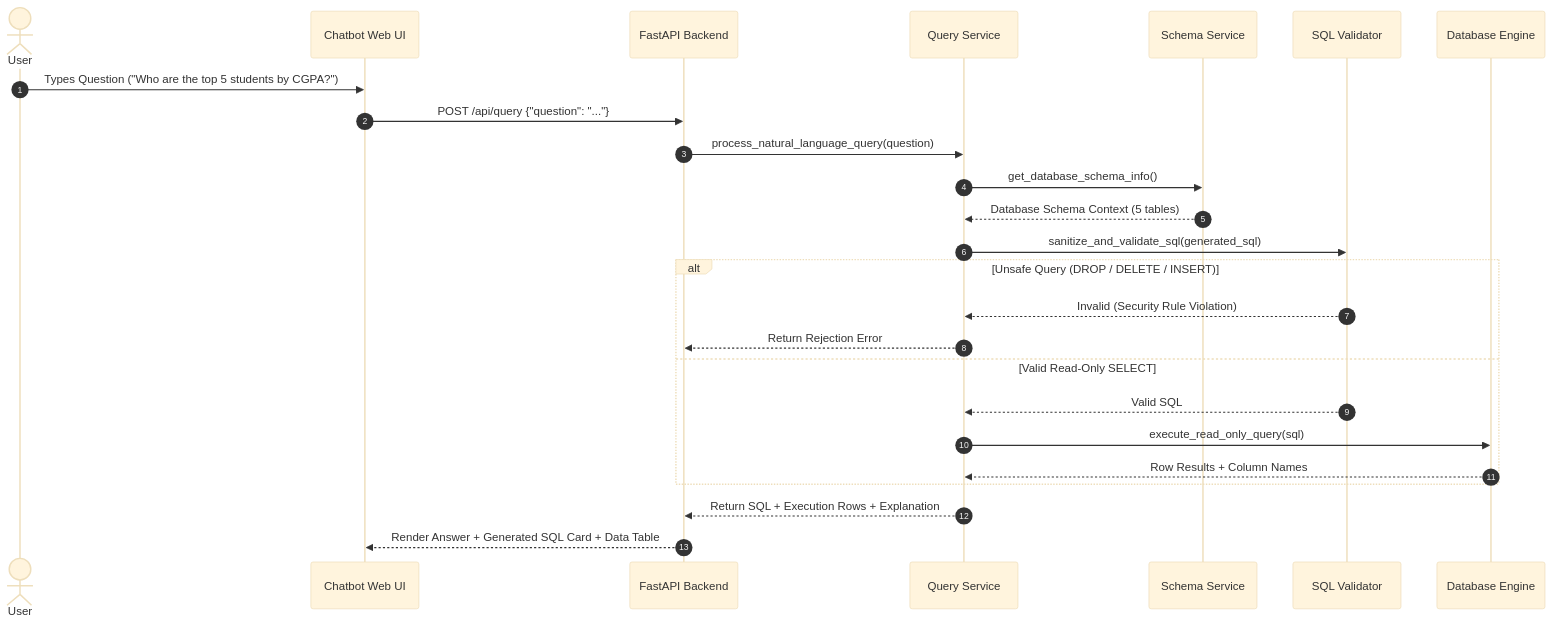
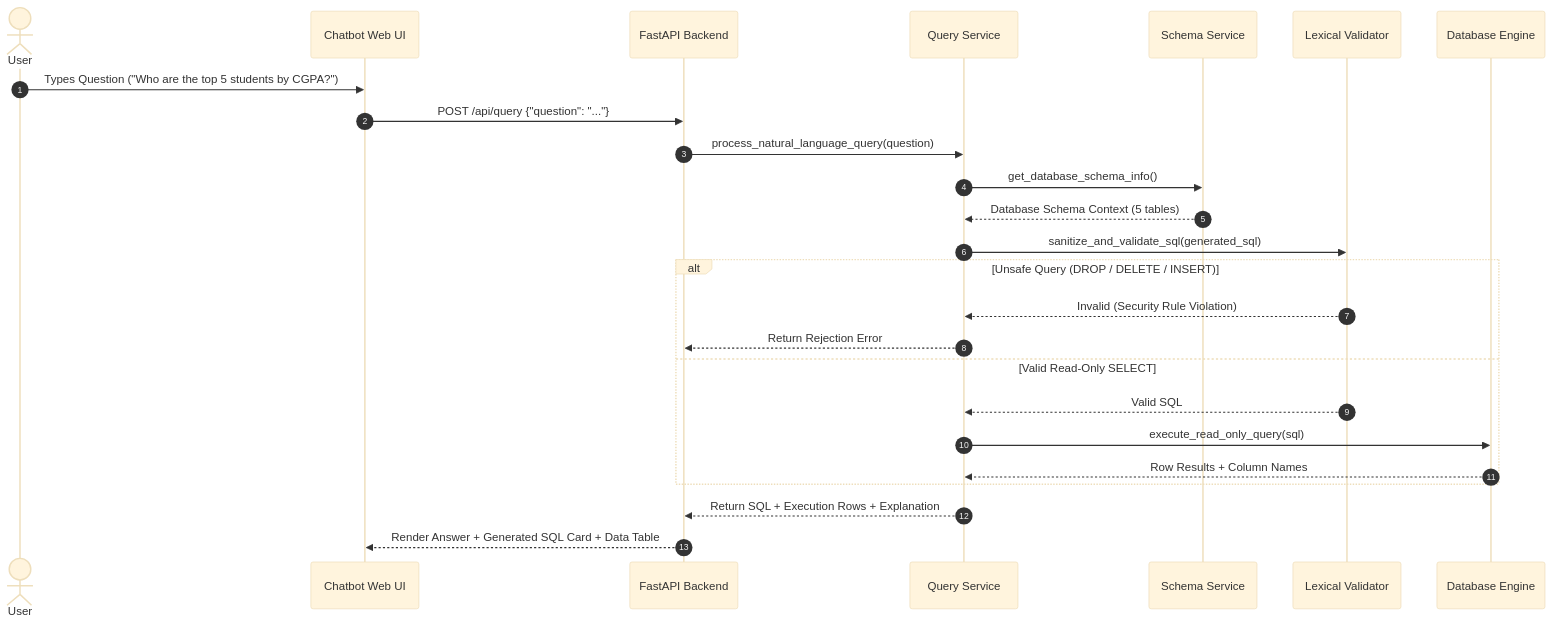
One commit to Vaishnav53/Applied-Agentic-AI-Lab-Experiments changed the second of 6 diagrams in AGENTIC_AI_LAB_COMPLETE_GUIDE.md. Above: the diagram before and after it, drawn with Mermaid (base theme). The commit also changed other lines of this file and 1 other file, not shown here.

Commit message:
docs: correct SQL validation terminology

````diff
--- a/AGENTIC_AI_LAB_COMPLETE_GUIDE.md
+++ b/AGENTIC_AI_LAB_COMPLETE_GUIDE.md
@@ -336,28 +342,28 @@
 ```mermaid
 sequenceDiagram
     autonumber
     actor User
     participant UI as Chatbot Web UI
     participant API as FastAPI Backend
     participant QS as Query Service
     participant Schema as Schema Service
-    participant Val as SQL Validator
+    participant Val as Lexical Validator
     participant DB as Database Engine
 
     User->>UI: Types Question ("Who are the top 5 students by CGPA?")
     UI->>API: POST /api/query {"question": "..."}
     API->>QS: process_natural_language_query(question)
     QS->>Schema: get_database_schema_info()
     Schema-->>QS: Database Schema Context (5 tables)
     QS->>Val: sanitize_and_validate_sql(generated_sql)
     alt Unsafe Query (DROP / DELETE / INSERT)
         Val-->>QS: Invalid (Security Rule Violation)
         QS-->>API: Return Rejection Error
     else Valid Read-Only SELECT
         Val-->>QS: Valid SQL
         QS->>DB: execute_read_only_query(sql)
         DB-->>QS: Row Results + Column Names
     end
     QS-->>API: Return SQL + Execution Rows + Explanation
     API-->>UI: Render Answer + Generated SQL Card + Data Table
 ```
````
